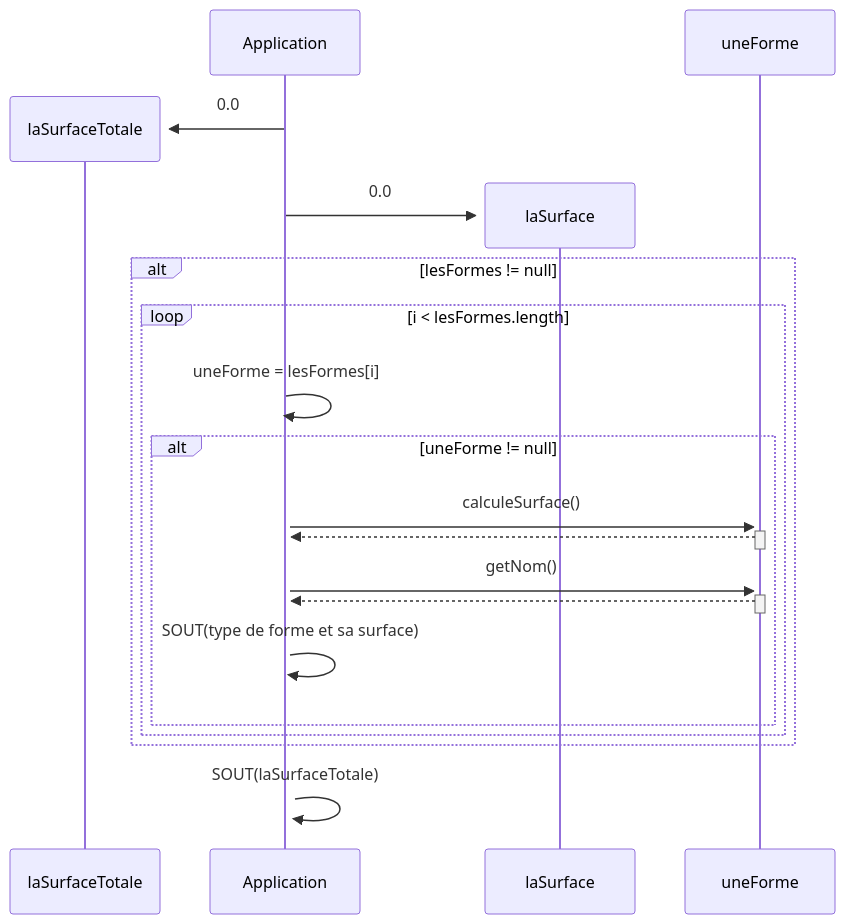
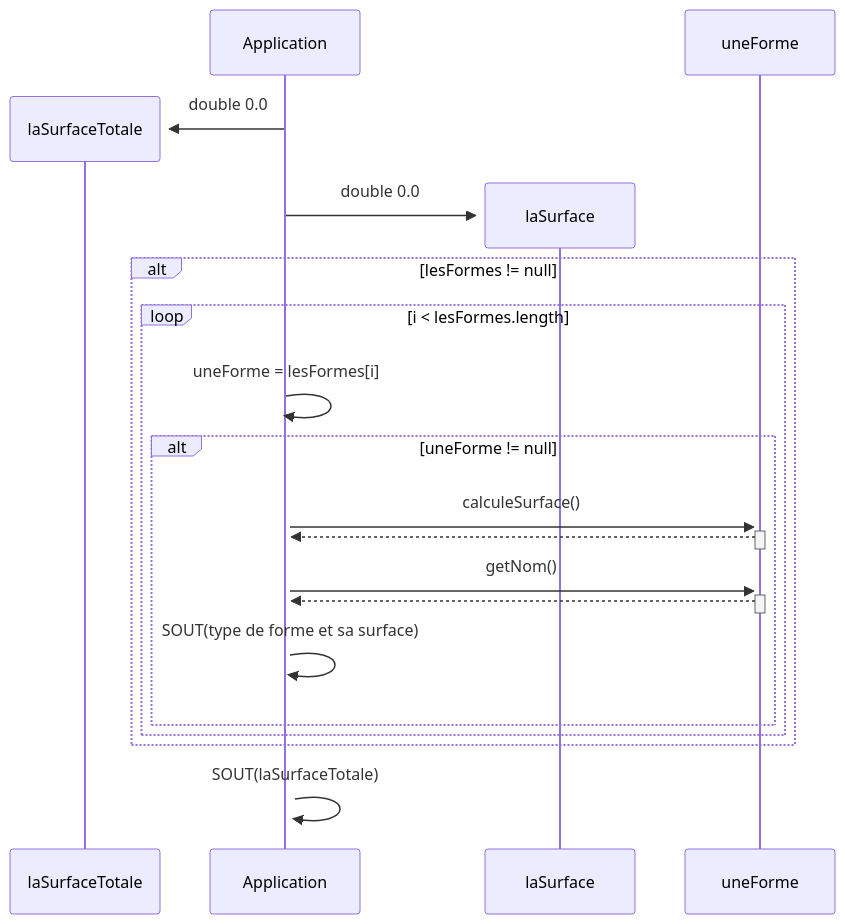
One commit to emf-info-320/320_EX_04_FORMES_BASE changed the third of 4 diagrams in README.md. Above: the diagram before and after it, drawn with Mermaid. The commit also changed other lines of this file, not shown here.

````diff
--- a/README.md
+++ b/README.md
@@ -85,21 +86,21 @@
 ```mermaid
 sequenceDiagram
     create participant laSurfaceTotale
-    Application->>+laSurfaceTotale: 0.0
+    Application->>+laSurfaceTotale: double 0.0
     create participant laSurface
-    Application->>+laSurface: 0.0
+    Application->>+laSurface: double 0.0
     alt lesFormes != null
         loop i < lesFormes.length
             Application ->>+ Application: uneForme = lesFormes[i]
             alt uneForme != null
                 Application ->>+ uneForme: calculeSurface()
                 uneForme -->>- Application: 
                 Application ->>+ uneForme: getNom()
                 uneForme -->>- Application: 
                 Application ->>+ Application: SOUT(type de forme et sa surface)
             end
         end
     end
 
     Application ->>+ Application: SOUT(laSurfaceTotale)
 ```
````
